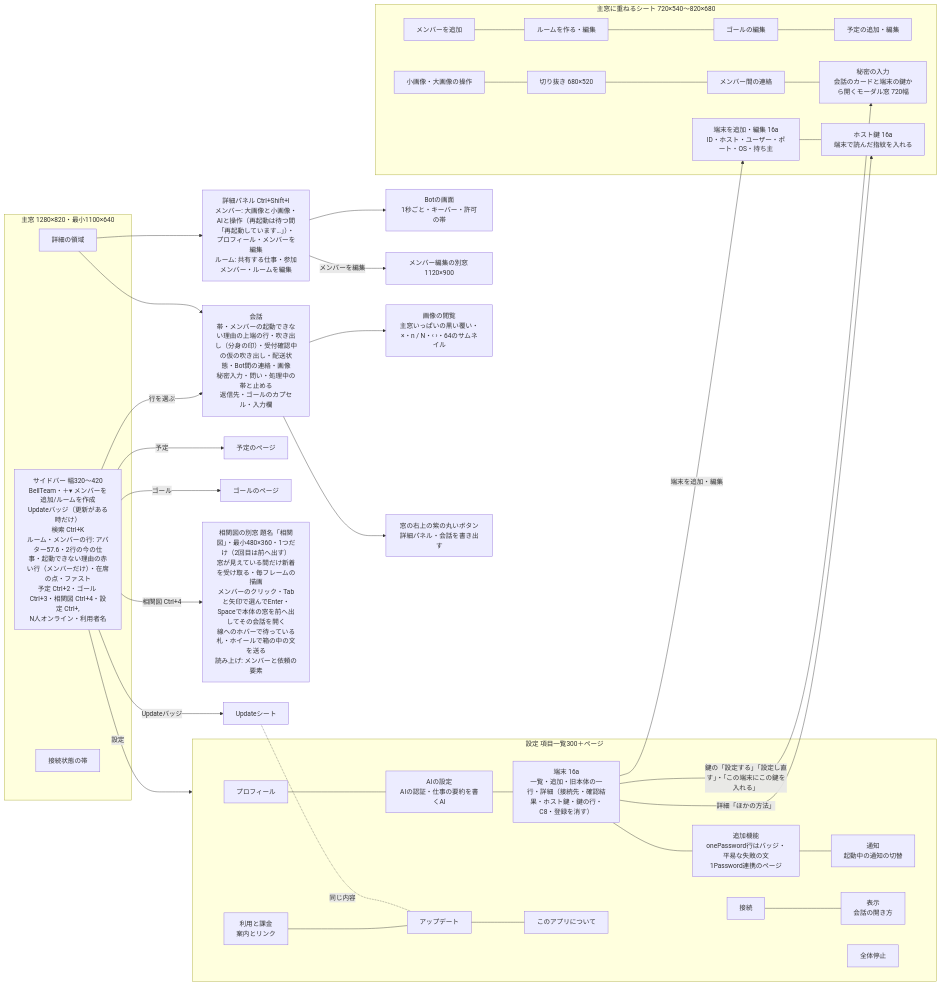
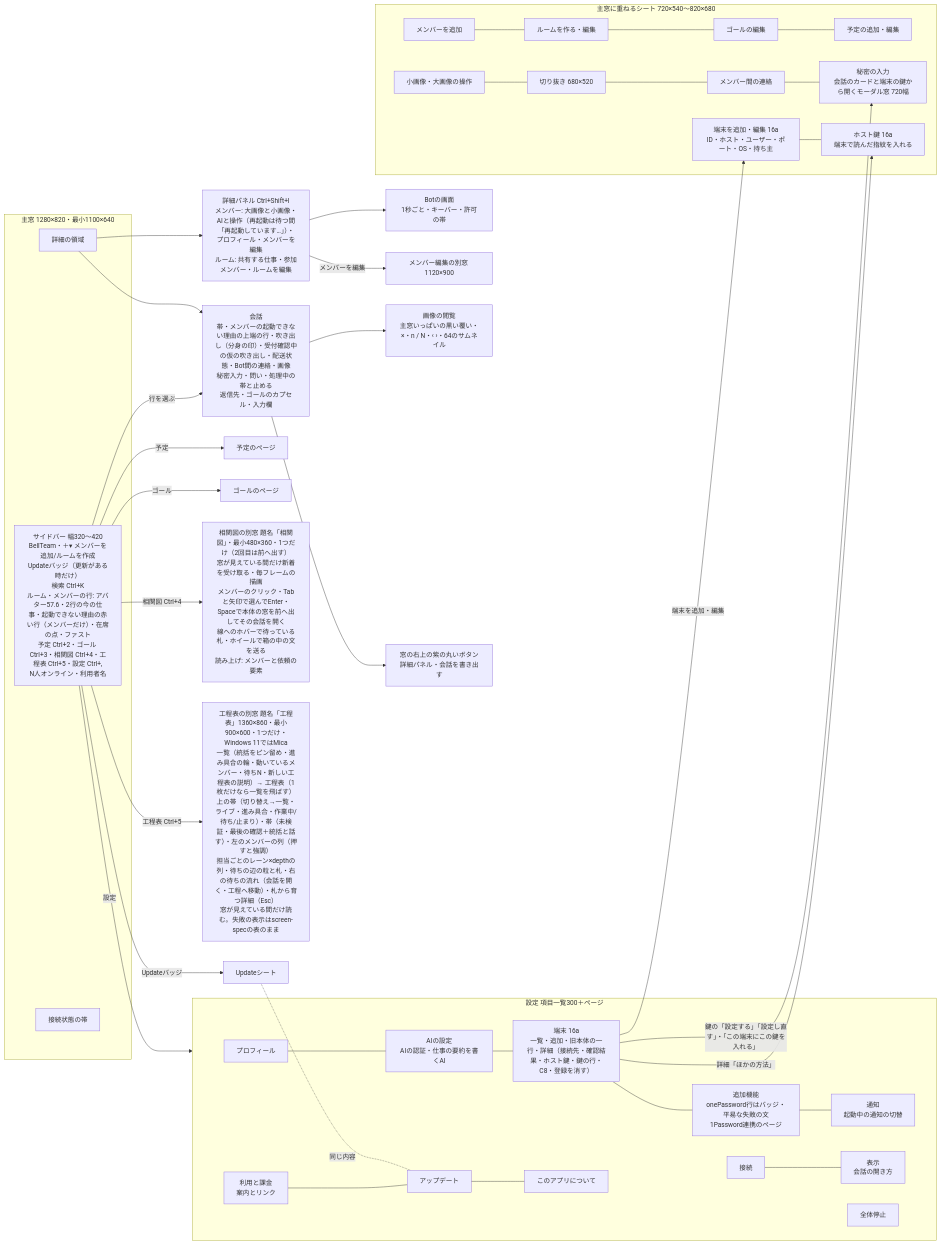
The second of 5 diagrams in docs/windows-architecture.md (kitepon/BellTeam), drawn with Mermaid before and after one commit. The commit also changed other lines of this file and 11 other files, not shown here.

First line of the commit message:
windows: Lattice 工程表 window (list, chart, wait flow, detail, failure views)

````diff
--- a/docs/windows-architecture.md
+++ b/docs/windows-architecture.md
@@ -25,35 +25,36 @@
 ```mermaid
 flowchart LR
   subgraph Main[主窓 1280×820・最小1100×640]
-    Sidebar[サイドバー 幅320〜420<br/>BellTeam・＋▾ メンバーを追加/ルームを作成<br/>Updateバッジ（更新がある時だけ）<br/>検索 Ctrl+K<br/>ルーム・メンバーの行: アバター57.6・2行の今の仕事・起動できない理由の赤い行（メンバーだけ）・在席の点・ファスト<br/>予定 Ctrl+2・ゴール Ctrl+3・相関図 Ctrl+4・設定 Ctrl+,<br/>N人オンライン・利用者名]
+    Sidebar[サイドバー 幅320〜420<br/>BellTeam・＋▾ メンバーを追加/ルームを作成<br/>Updateバッジ（更新がある時だけ）<br/>検索 Ctrl+K<br/>ルーム・メンバーの行: アバター57.6・2行の今の仕事・起動できない理由の赤い行（メンバーだけ）・在席の点・ファスト<br/>予定 Ctrl+2・ゴール Ctrl+3・相関図 Ctrl+4・工程表 Ctrl+5・設定 Ctrl+,<br/>N人オンライン・利用者名]
     Detail[詳細の領域]
     Status[接続状態の帯]
   end
   Sidebar -->|行を選ぶ| Conversation
   Sidebar -->|予定| Schedules[予定のページ]
   Sidebar -->|ゴール| Goals[ゴールのページ]
   Sidebar -->|設定| Settings
   Sidebar -->|相関図 Ctrl+4| WorkGraphWindow[相関図の別窓 題名「相関図」・最小480×360・1つだけ（2回目は前へ出す）<br/>窓が見えている間だけ新着を受け取る・毎フレームの描画<br/>メンバーのクリック・Tabと矢印で選んでEnter・Spaceで本体の窓を前へ出してその会話を開く<br/>線へのホバーで待っている札・ホイールで箱の中の文を送る<br/>読み上げ: メンバーと依頼の要素]
+  Sidebar -->|工程表 Ctrl+5| LatticeWindow[工程表の別窓 題名「工程表」1360×860・最小900×600・1つだけ・Windows 11ではMica<br/>一覧（統括をピン留め・進み具合の輪・動いているメンバー・待ちN・新しい工程表の説明）→ 工程表（1枚だけなら一覧を飛ばす）<br/>上の帯（切り替え→一覧・ライブ・進み具合・作業中/待ち/止まり）・帯（未検証・最後の確認＋統括と話す）・左のメンバーの列（押すと強調）<br/>担当ごとのレーン×depthの列・待ちの辺の粒と札・右の待ちの流れ（会話を開く・工程へ移動）・札から育つ詳細（Esc）<br/>窓が見えている間だけ読む。失敗の表示はscreen-specの表のまま]
   Sidebar -->|Updateバッジ| UpdateSheet[Updateシート]
   Detail --> Conversation[会話<br/>帯・メンバーの起動できない理由の上端の行・吹き出し（分身の印）・受付確認中の仮の吹き出し・配送状態・Bot間の連絡・画像<br/>秘密入力・問い・処理中の帯と止める<br/>返信先・ゴールのカプセル・入力欄]
   Detail --> Inspector[詳細パネル Ctrl+Shift+I<br/>メンバー: 大画像と小画像・AIと操作（再起動は待つ間「再起動しています…」）・プロフィール・メンバーを編集<br/>ルーム: 共有する仕事・参加メンバー・ルームを編集]
   Inspector --> Screen[Botの画面<br/>1秒ごと・キーバー・許可の帯]
   subgraph Settings[設定 項目一覧300＋ページ]
     S1[プロフィール] --- S2[AIの設定<br/>AIの認証・仕事の要約を書くAI] --- ST[端末 16a<br/>一覧・追加・旧本体の一行・詳細（接続先・確認結果・ホスト鍵・鍵の行・C8・登録を消す）] --- S3[追加機能<br/>onePassword行はバッジ・平易な失敗の文<br/>1Password連携のページ] --- S4[通知<br/>起動中の通知の切替]
     S5[接続] --- S6[表示<br/>会話の開き方]
     S7[利用と課金<br/>案内とリンク] --- S8[アップデート] --- S9[このアプリについて]
     S10[全体停止]
   end
   subgraph Sheets[主窓に重ねるシート 720×540〜820×680]
     MemberSheet[メンバーを追加] --- RoomSheet[ルームを作る・編集] --- GoalSheet[ゴールの編集] --- ScheduleSheet[予定の追加・編集]
     ImageSheet[小画像・大画像の操作] --- Crop[切り抜き 680×520] --- PeerSheet[メンバー間の連絡] --- SecretSheet[秘密の入力<br/>会話のカードと端末の鍵から開くモーダル窓 720幅]
     TerminalSheet[端末を追加・編集 16a<br/>ID・ホスト・ユーザー・ポート・OS・持ち主] --- HostKeySheet[ホスト鍵 16a<br/>端末で読んだ指紋を入れる]
   end
   ST -->|端末を追加・編集| TerminalSheet
   ST -->|詳細「ほかの方法」| HostKeySheet
   ST -->|鍵の「設定する」「設定し直す」・「この端末にこの鍵を入れる」| SecretSheet
   Inspector -->|メンバーを編集| MemberWindow[メンバー編集の別窓 1120×900]
   Conversation --> Gallery[画像の閲覧<br/>主窓いっぱいの黒い覆い・×・n / N・‹ ›・64のサムネイル]
   Conversation --> Corner[窓の右上の紫の丸いボタン<br/>詳細パネル・会話を書き出す]
   UpdateSheet -.同じ内容.- S8
 ```
````
